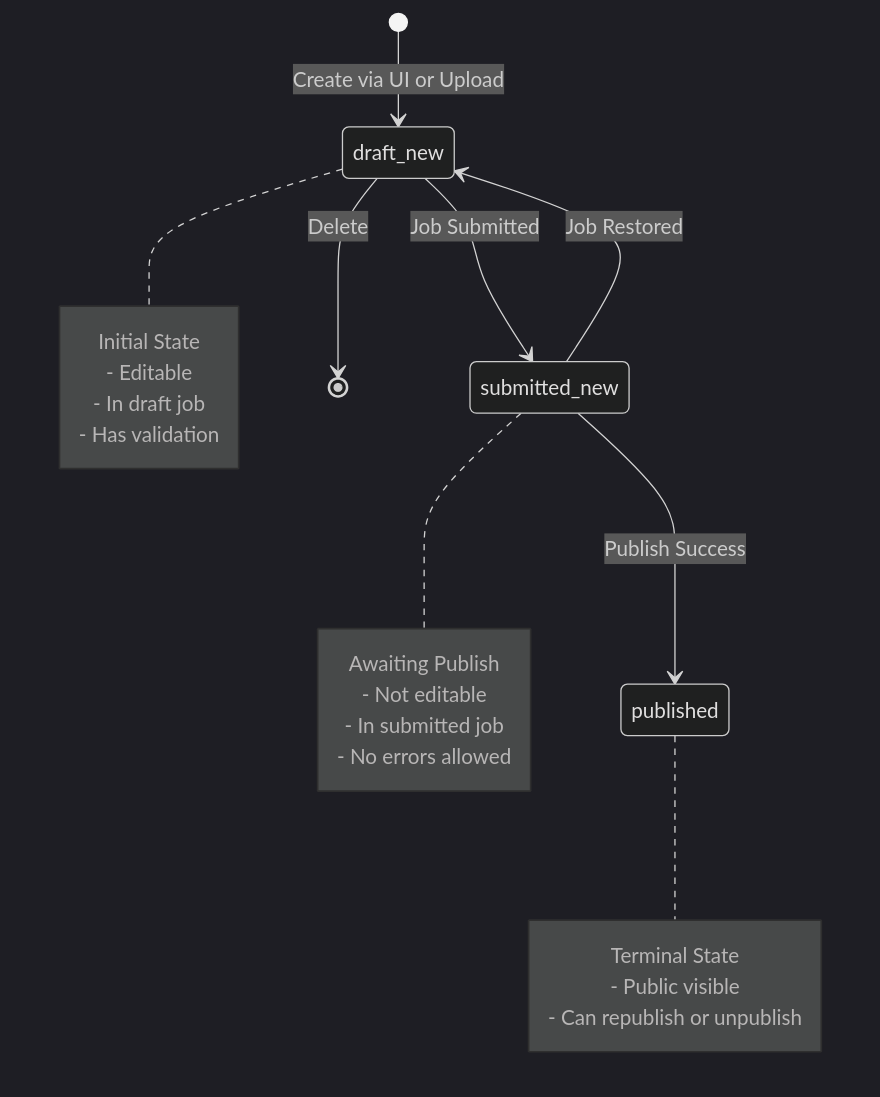
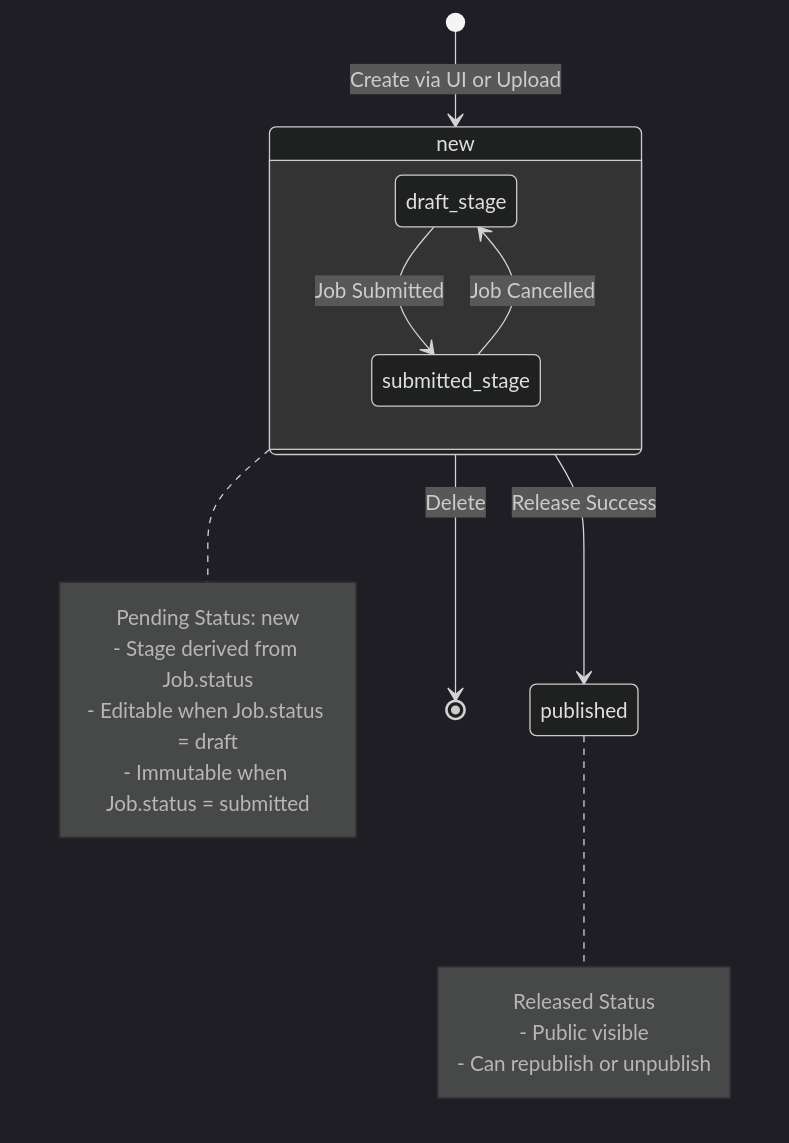
One commit to GeneCurationCoalition/gencc-sub changed the third of 11 diagrams in docs/STATE_MODEL_DIAGRAMS.md. Above: the diagram before and after it, drawn with Mermaid (dark theme). The commit also changed other lines of this file and 11 other files, not shown here.

````diff
--- a/docs/STATE_MODEL_DIAGRAMS.md
+++ b/docs/STATE_MODEL_DIAGRAMS.md
@@ -204,30 +213,25 @@
 ```mermaid
 stateDiagram-v2
-    [*] --> draft_new: Create via UI or Upload
+    [*] --> new: Create via UI or Upload
 
-    draft_new --> submitted_new: Job Submitted
-    draft_new --> [*]: Delete
+    state new {
+        draft_stage --> submitted_stage: Job Submitted
+        submitted_stage --> draft_stage: Job Cancelled
+    }
 
-    submitted_new --> published: Publish Success
-    submitted_new --> draft_new: Job Restored
+    new --> published: Release Success
+    new --> [*]: Delete
 
-    note right of draft_new
-        Initial State
-        - Editable
-        - In draft job
-        - Has validation
-    end note
-
-    note right of submitted_new
-        Awaiting Publish
-        - Not editable
-        - In submitted job
-        - No errors allowed
+    note right of new
+        Pending Status: new
+        - Stage derived from Job.status
+        - Editable when Job.status = draft
+        - Immutable when Job.status = submitted
     end note
 
     note right of published
-        Terminal State
+        Released Status
         - Public visible
         - Can republish or unpublish
     end note
 ```
````
